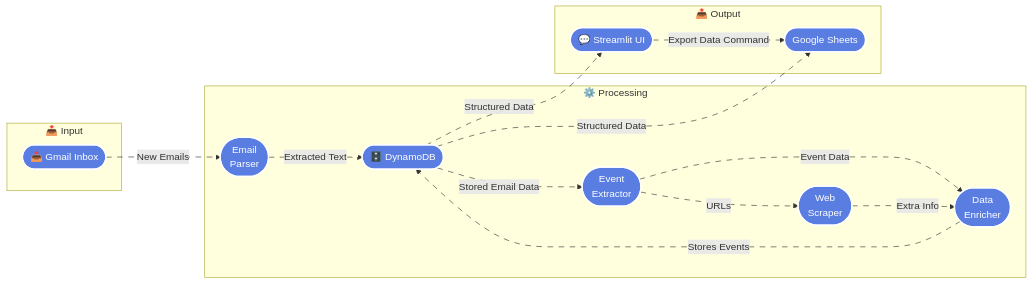
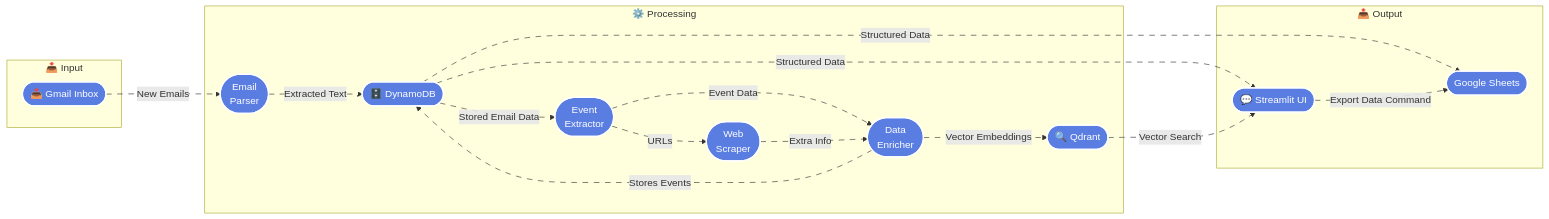
The diagram in README.md (lauren-cordova/event-agent), drawn with Mermaid before and after one commit. The commit also changed 1 other file, not shown here.

Commit message:
minor
minor enhancements

````diff
--- a/README.md
+++ b/README.md
@@ -17,41 +17,45 @@
 ```mermaid
 graph LR
     subgraph Input [📥 Input]
         G([📥 Gmail Inbox])
     end
 
     subgraph Processing [⚙️ Processing]
         E([Email<br>Parser])
         X([Event<br>Extractor])
         W([Web<br>Scraper])
         D([Data<br>Enricher])
         DB([🗄️ DynamoDB])
+        Q([🔍 Qdrant])
     end
 
     subgraph Output [📤 Output]
         UI([💬 Streamlit UI])
         GS([Google Sheets])
     end
 
     G -->|New Emails| E
     E -->|Extracted Text| DB
     DB -->|Stored Email Data| X
     X -->|Event Data| D
     X -->|URLs| W
     W -->|Extra Info| D
     D -->|Stores Events| DB
+    D -->|Vector Embeddings| Q
     DB -->|Structured Data| UI
     DB -->|Structured Data| GS
+    Q -->|Vector Search| UI
     UI -->|Export Data Command| GS
 
     style G fill:#5a7de2,stroke:#fff,stroke-width:2px,color:#fff
     style E fill:#5a7de2,stroke:#fff,stroke-width:2px,color:#fff
     style X fill:#5a7de2,stroke:#fff,stroke-width:2px,color:#fff
     style W fill:#5a7de2,stroke:#fff,stroke-width:2px,color:#fff
     style D fill:#5a7de2,stroke:#fff,stroke-width:2px,color:#fff
     style UI fill:#5a7de2,stroke:#fff,stroke-width:2px,color:#fff
     style DB fill:#5a7de2,stroke:#fff,stroke-width:2px,color:#fff
     style GS fill:#5a7de2,stroke:#fff,stroke-width:2px,color:#fff
+    style Q fill:#5a7de2,stroke:#fff,stroke-width:2px,color:#fff
 
     linkStyle default stroke-dasharray: 9,5,stroke-dashoffset: 900,animation: dash 25s linear infinite;
 ```
````
